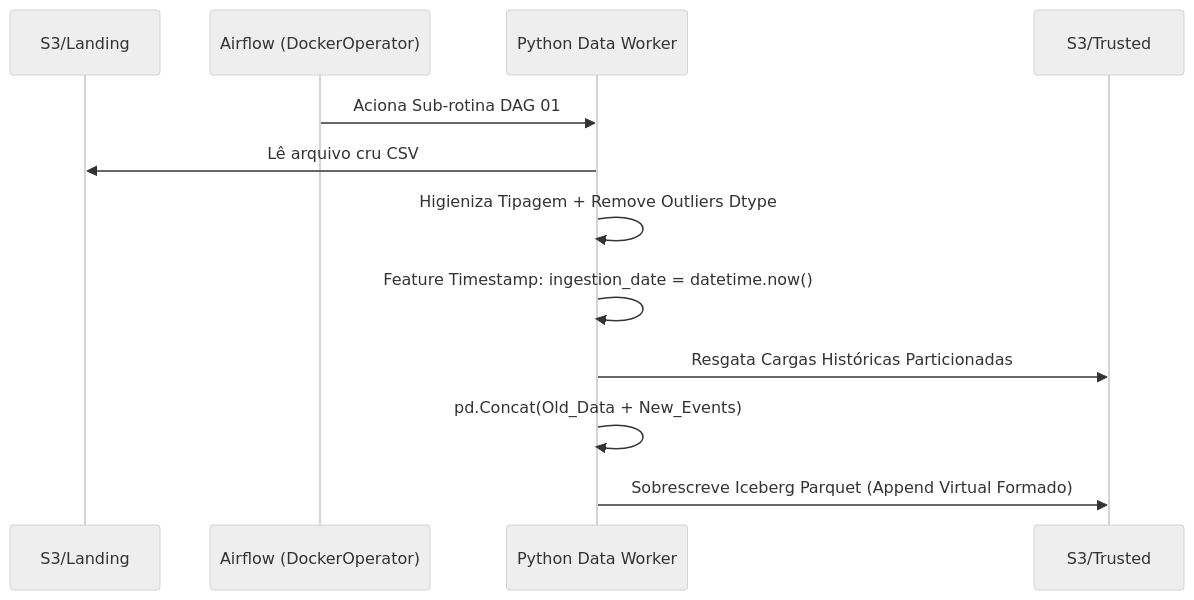
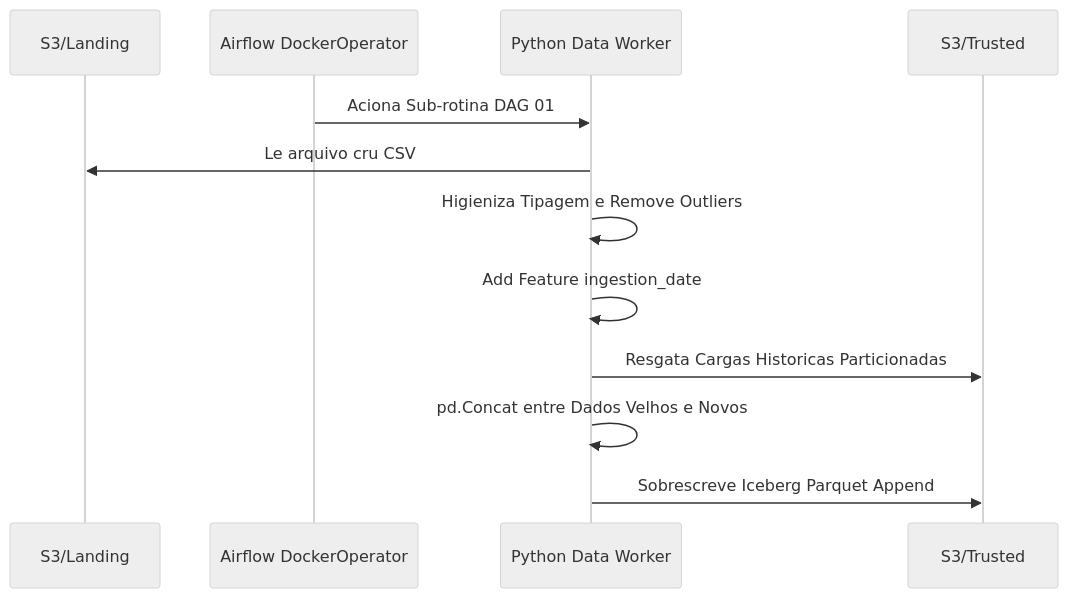
The second of 5 diagrams in README.md (engfelipeviana/machine_Learning_pipeline), drawn with Mermaid (neutral theme) before and after one commit. The commit also changed other lines of this file, not shown here.

````diff
--- a/README.md
+++ b/README.md
@@ -96,15 +90,15 @@
 ```mermaid
 sequenceDiagram
     participant S31 as S3/Landing
-    participant AW as Airflow (DockerOperator)
+    participant AW as Airflow DockerOperator
     participant DW as Python Data Worker
     participant S33 as S3/Trusted
     
     AW->>DW: Aciona Sub-rotina DAG 01
-    DW->>S31: Lê arquivo cru CSV
-    DW->>DW: Higieniza Tipagem + Remove Outliers Dtype
-    DW->>DW: Feature Timestamp: ingestion_date = datetime.now()
-    DW->>S33: Resgata Cargas Históricas Particionadas
-    DW->>DW: pd.Concat(Old_Data + New_Events)
-    DW->>S33: Sobrescreve Iceberg Parquet (Append Virtual Formado)
+    DW->>S31: Le arquivo cru CSV
+    DW->>DW: Higieniza Tipagem e Remove Outliers
+    DW->>DW: Add Feature ingestion_date
+    DW->>S33: Resgata Cargas Historicas Particionadas
+    DW->>DW: pd.Concat entre Dados Velhos e Novos
+    DW->>S33: Sobrescreve Iceberg Parquet Append
 ```
````
